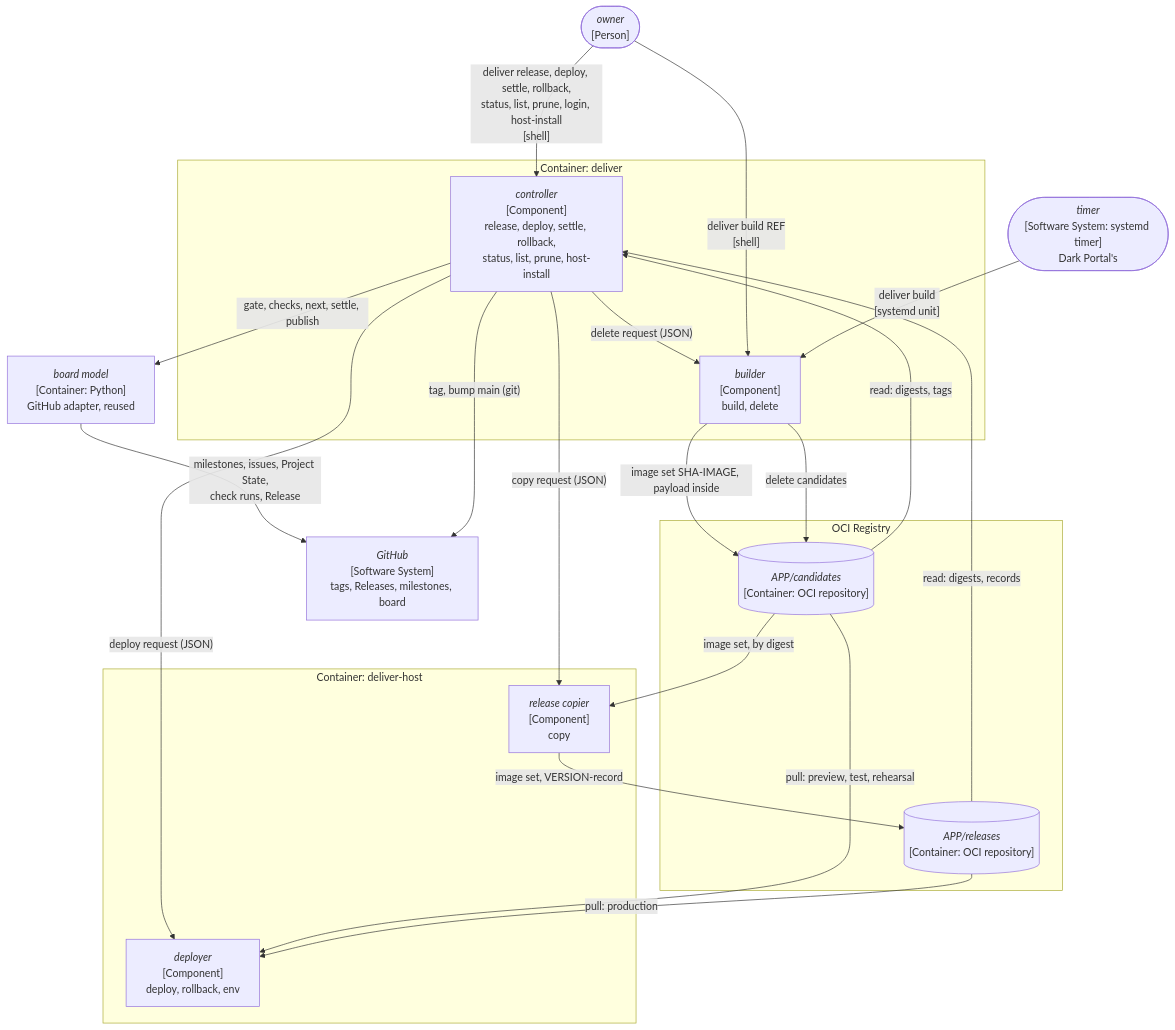
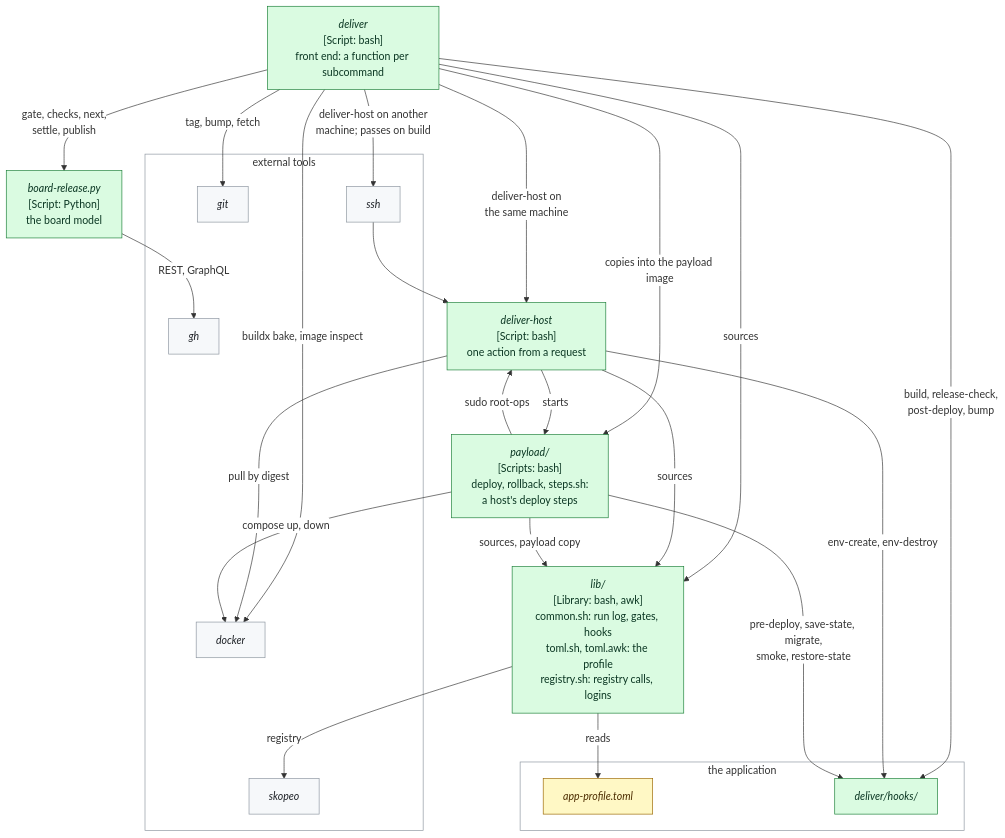
One commit to delphside/programme changed the first of 7 diagrams in records/2.5-changes/programme-tooling/117-generic-deliver-tool/design.md. Above: the diagram before and after it, drawn with Mermaid. The commit also changed other lines of this file, not shown here.

First line of the commit message:
Change 117: restructure the design with the owner, 2026-11-08

````diff
--- a/records/2.5-changes/programme-tooling/117-generic-deliver-tool/design.md
+++ b/records/2.5-changes/programme-tooling/117-generic-deliver-tool/design.md
@@ -99,36 +81,46 @@
 ```mermaid
+%%{init: {"themeVariables": {"clusterBkg": "#ffffff", "clusterBorder": "#8c959f", "edgeLabelBackground": "#ffffff"}}}%%
 flowchart TB
-  OWN(["<i>owner</i><br>[Person]"])
-  TIMER(["<i>timer</i><br>[Software System: systemd timer]<br>Dark Portal's"])
-  subgraph DELIVER["Container: deliver"]
-    CTL["<i>controller</i><br>[Component]<br>release, deploy, settle, rollback,<br>status, list, prune, host-install"]
-    BLD["<i>builder</i><br>[Component]<br>build, delete"]
+  DLV["<i>deliver</i><br>[Script: bash]<br>front end: a function per subcommand"]
+  DH["<i>deliver-host</i><br>[Script: bash]<br>one action from a request"]
+  LIB["<i>lib/</i><br>[Library: bash, awk]<br>common.sh: run log, gates, hooks<br>toml.sh, toml.awk: the profile<br>registry.sh: registry calls, logins"]
+  PAY["<i>payload/</i><br>[Scripts: bash]<br>deploy, rollback, steps.sh:<br>a host's deploy steps"]
+  BR["<i>board-release.py</i><br>[Script: Python]<br>the board model"]
+  subgraph APP["the application"]
+    PROF["<i>app-profile.toml</i>"]
+    HOOKS["<i>deliver/hooks/</i>"]
   end
-  subgraph HOST["Container: deliver-host"]
-    COPY["<i>release copier</i><br>[Component]<br>copy"]
-    DEP["<i>deployer</i><br>[Component]<br>deploy, rollback, env"]
+  subgraph EXT["external tools"]
+    SKO["<i>skopeo</i>"]
+    DOCK["<i>docker</i>"]
+    GITX["<i>git</i>"]
+    GHX["<i>gh</i>"]
+    SSHX["<i>ssh</i>"]
   end
-  subgraph OCIR["OCI Registry"]
-    CAND[("<i>APP/candidates</i><br>[Container: OCI repository]")]
-    REL[("<i>APP/releases</i><br>[Container: OCI repository]")]
-  end
-  GH["<i>GitHub</i><br>[Software System]<br>tags, Releases, milestones, board"]
-  BM["<i>board model</i><br>[Container: Python]<br>GitHub adapter, reused"]
-  CTL -->|"gate, checks, next, settle, publish"| BM
-  BM -->|"milestones, issues, Project State,<br>check runs, Release"| GH
-  BLD -->|"image set SHA-IMAGE, payload inside"| CAND
-  CAND -->|"read: digests, tags"| CTL
-  REL -->|"read: digests, records"| CTL
-  CTL -->|"delete request (JSON)"| BLD
-  BLD -->|"delete candidates"| CAND
-  CTL -->|"copy request (JSON)"| COPY
-  CAND -->|"image set, by digest"| COPY
-  COPY -->|"image set, VERSION-record"| REL
-  CTL -->|"deploy request (JSON)"| DEP
-  CAND -->|"pull: preview, test, rehearsal"| DEP
-  REL -->|"pull: production"| DEP
-  CTL -->|"tag, bump main (git)"| GH
-  OWN -->|"deliver release, deploy, settle, rollback,<br>status, list, prune, login, host-install<br>[shell]"| CTL
-  OWN -->|"deliver build REF<br>[shell]"| BLD
-  TIMER -->|"deliver build<br>[systemd unit]"| BLD
+  DLV -->|sources| LIB
+  DH -->|sources| LIB
+  LIB -->|reads| PROF
+  LIB -->|registry| SKO
+  DLV -->|gate, checks, next,<br>settle, publish| BR
+  BR -->|REST, GraphQL| GHX
+  DLV -->|tag, bump, fetch| GITX
+  DLV -->|deliver-host on another<br>machine; passes on build| SSHX
+  SSHX --> DH
+  DLV -->|deliver-host on<br>the same machine| DH
+  DLV -->|build, release-check,<br>post-deploy, bump| HOOKS
+  DLV -->|copies into the payload image| PAY
+  DLV -->|buildx bake, image inspect| DOCK
+  PAY -->|sources, payload copy| LIB
+  DH -->|env-create, env-destroy| HOOKS
+  DH -->|starts| PAY
+  DH -->|pull by digest| DOCK
+  PAY -->|pre-deploy, save-state, migrate,<br>smoke, restore-state| HOOKS
+  PAY -->|compose up, down| DOCK
+  PAY -->|sudo root-ops| DH
+  classDef unchanged    fill:#f6f8fa,stroke:#8c959f,color:#1f2328
+  classDef new          fill:#dafbe1,stroke:#1a7f37,color:#0a3622
+  classDef changed      fill:#fff8c5,stroke:#9a6700,color:#4d2d00
+  class DLV,DH,LIB,PAY,BR,HOOKS new
+  class PROF changed
+  class SKO,DOCK,GITX,GHX,SSHX unchanged
 ```
````
